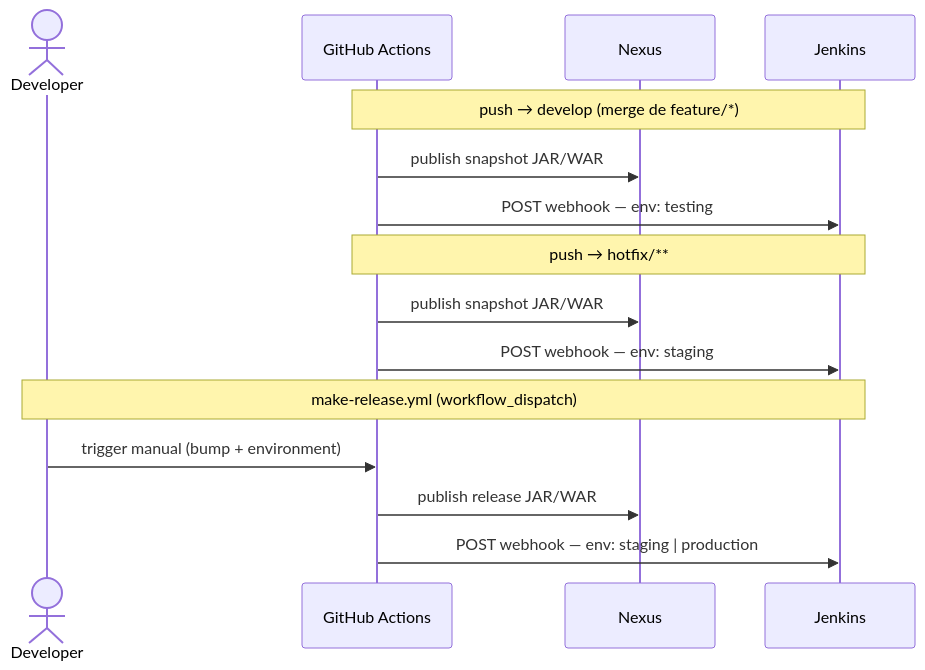
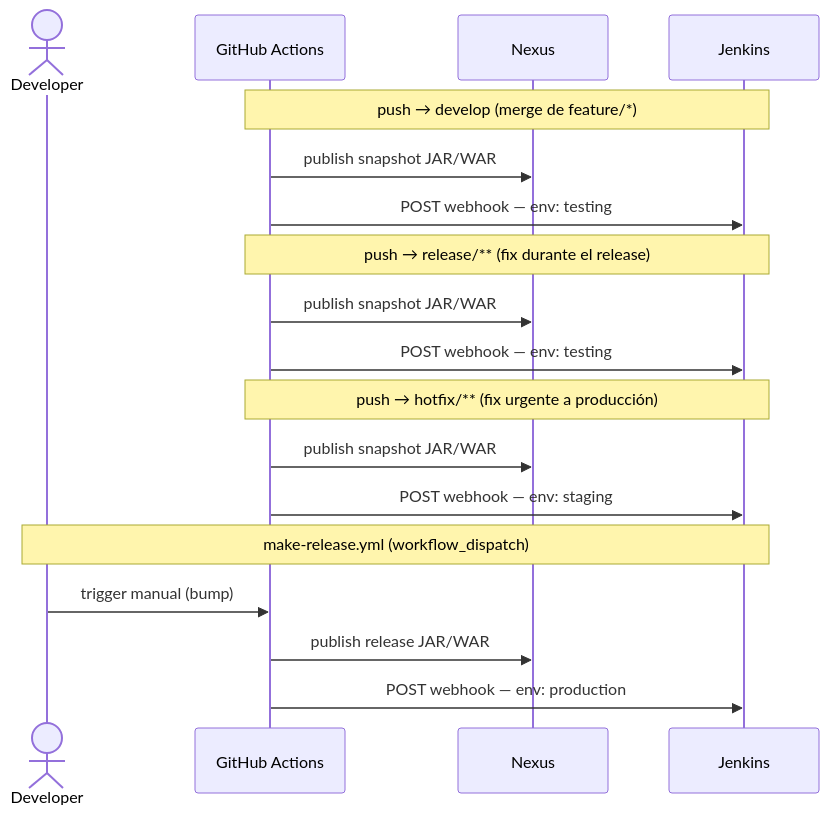
One commit to BQN-UY/CI-CD changed the third of 3 diagrams in docs/migration-v2.md. Above: the diagram before and after it, drawn with Mermaid. The commit also changed other lines of this file and 2 other files, not shown here.

First line of the commit message:
feat: redefinir semántica de ambientes — release/** va a testing, no staging

````diff
--- a/docs/migration-v2.md
+++ b/docs/migration-v2.md
@@ -558,20 +558,24 @@
 ```mermaid
 sequenceDiagram
     actor DEV as Developer
     participant GHA as GitHub Actions
     participant NX as Nexus
     participant JNK as Jenkins
 
     Note over GHA,JNK: push → develop (merge de feature/*)
     GHA->>NX: publish snapshot JAR/WAR
     GHA->>JNK: POST webhook — env: testing
 
-    Note over GHA,JNK: push → hotfix/**
+    Note over GHA,JNK: push → release/** (fix durante el release)
+    GHA->>NX: publish snapshot JAR/WAR
+    GHA->>JNK: POST webhook — env: testing
+
+    Note over GHA,JNK: push → hotfix/** (fix urgente a producción)
     GHA->>NX: publish snapshot JAR/WAR
     GHA->>JNK: POST webhook — env: staging
 
     Note over DEV,JNK: make-release.yml (workflow_dispatch)
-    DEV->>GHA: trigger manual (bump + environment)
+    DEV->>GHA: trigger manual (bump)
     GHA->>NX: publish release JAR/WAR
-    GHA->>JNK: POST webhook — env: staging | production
+    GHA->>JNK: POST webhook — env: production
 ```
````
